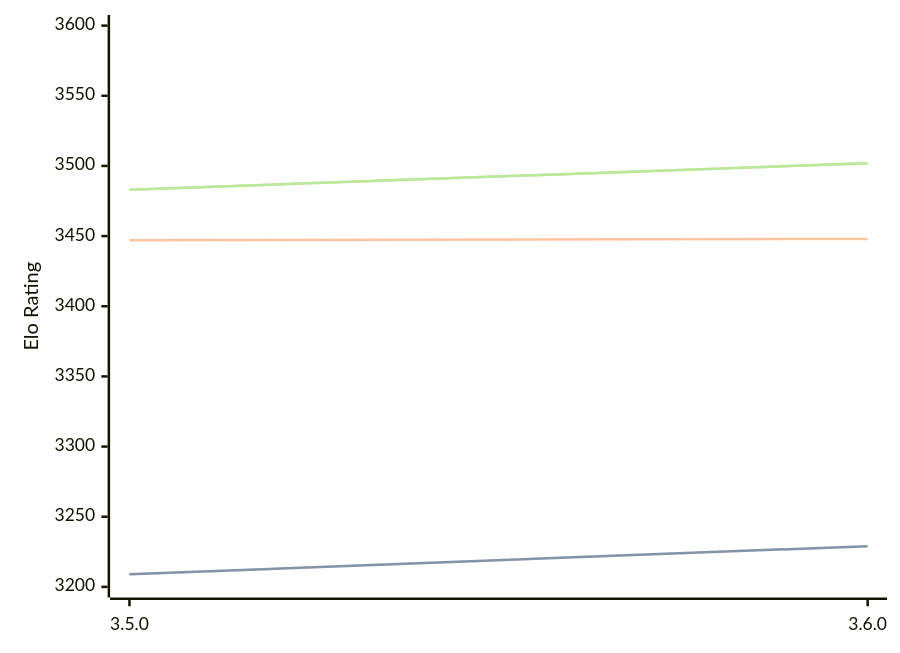
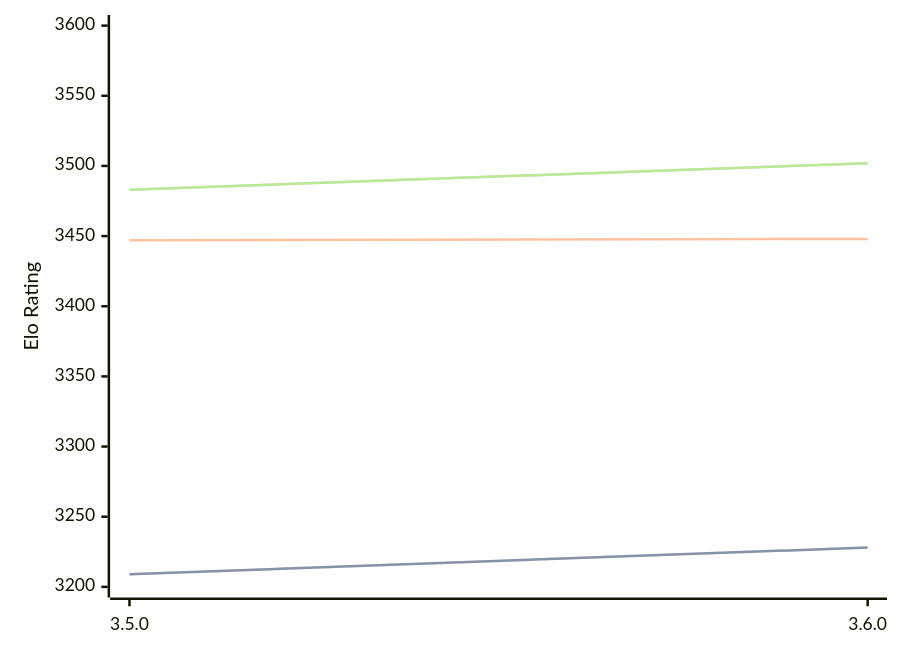
One commit to computer-chess-index/cci changed the diagram in engines/Igel.md. Above: the diagram before and after it, drawn with Mermaid. The commit also changed other lines of this file, not shown here.

Commit message:
Update CCI Ratings (ELO VLTC) - 2026-02-27

````diff
--- a/engines/Igel.md
+++ b/engines/Igel.md
@@ -66,11 +66,11 @@
 ```mermaid
 %%{init: {"theme":"base","themeVariables":{"seriesColors:['#a3a3a3','#222221','#faa371']}}}%%
 xychart-beta
   x-axis ["3.5.0", "3.6.0"]
   y-axis "Elo Rating" 3200 --> 3600
-  line "STC (8.0+0.08s)" [3209, 3229]
-  line "STC (8.0+0.08s)" [3209, 3229]
+  line "STC (8.0+0.08s)" [3209, 3228]
+  line "STC (8.0+0.08s)" [3209, 3228]
   line "LTC (60.0+0.60s)" [3447, 3448]
   line "VLTC (2m24s+1.12s)" [3483, 3502]
   line "VLTC (2m24s+1.12s)" [3483, 3502]
 ```
````
